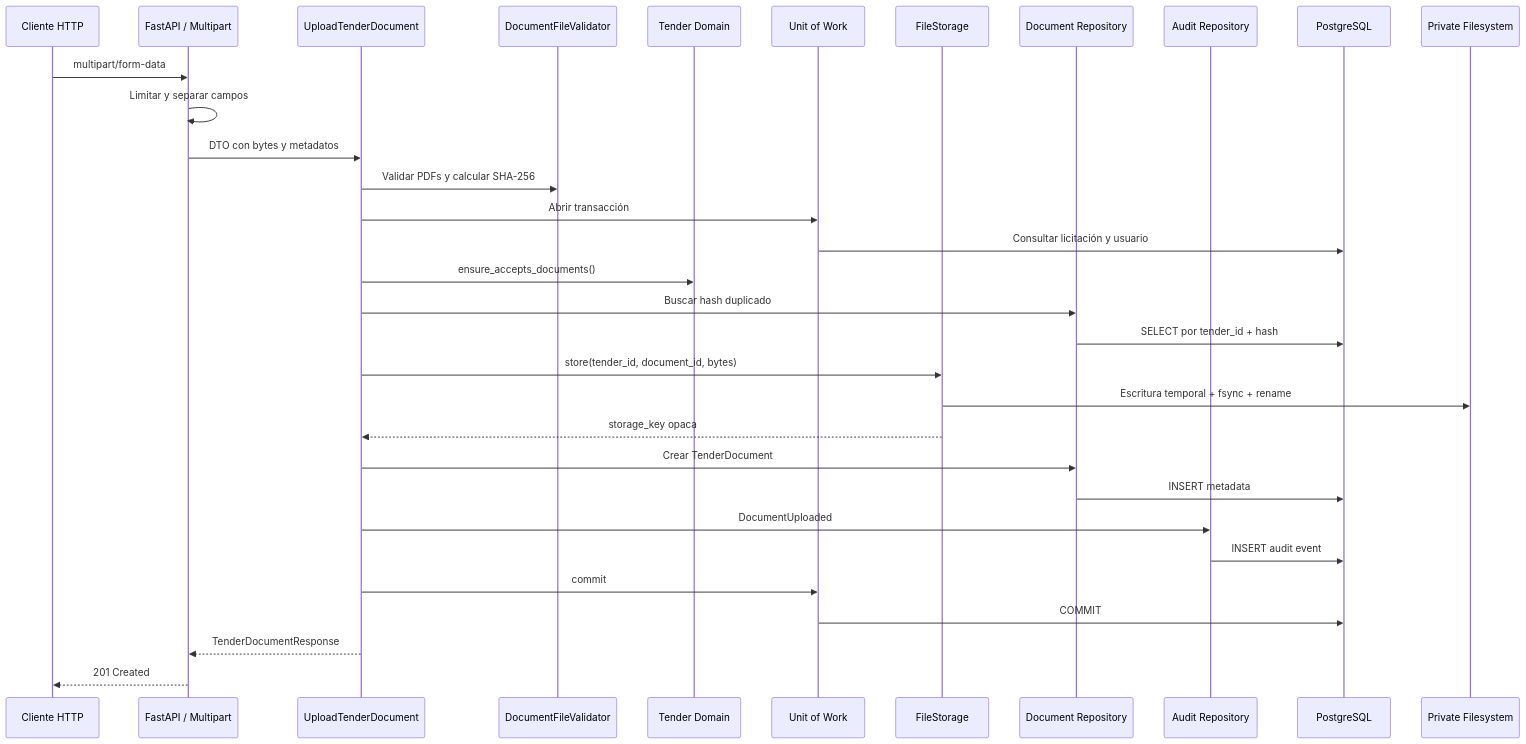
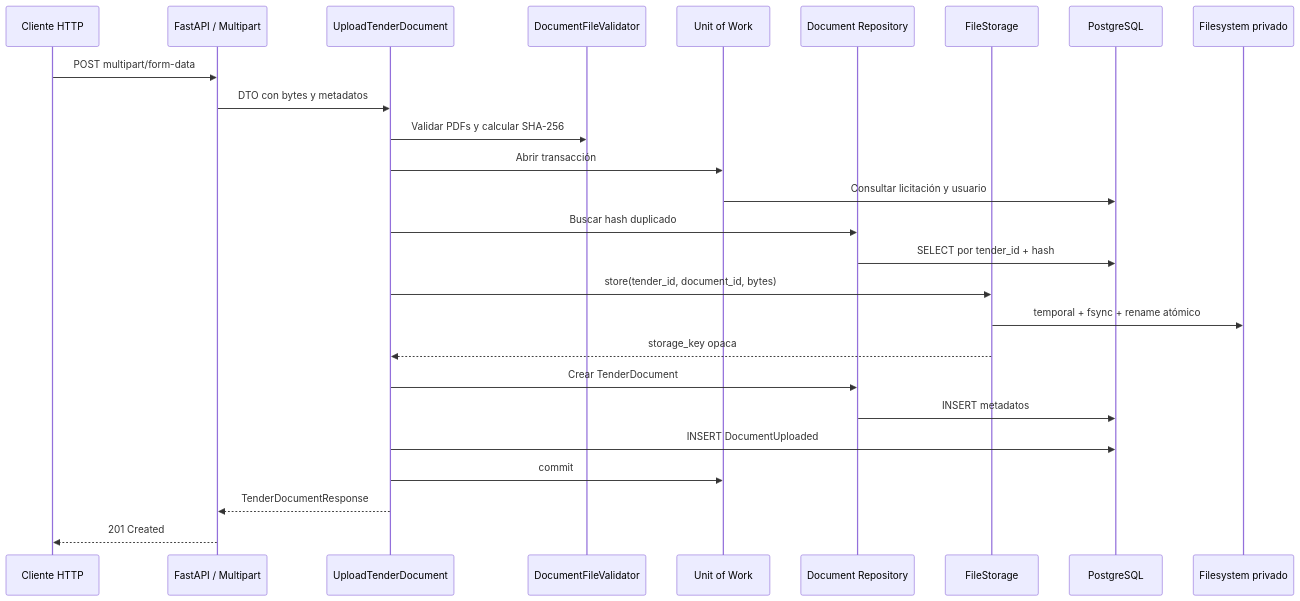
One commit to wowito68/SmartQuote-AI changed the diagram in docs/iteration-4-document-management.md. Above: the diagram before and after it, drawn with Mermaid. The commit also changed other lines of this file, not shown here.

````diff
--- a/docs/iteration-4-document-management.md
+++ b/docs/iteration-4-document-management.md
@@ -108,35 +96,29 @@
 ```mermaid
 sequenceDiagram
-    participant Client as Cliente HTTP
+    participant C as Cliente HTTP
     participant API as FastAPI / Multipart
     participant UC as UploadTenderDocument
-    participant Validator as DocumentFileValidator
-    participant Tender as Tender Domain
+    participant V as DocumentFileValidator
     participant UOW as Unit of Work
-    participant Storage as FileStorage
-    participant Repo as Document Repository
-    participant Audit as Audit Repository
+    participant R as Document Repository
+    participant S as FileStorage
     participant DB as PostgreSQL
-    participant Disk as Private Filesystem
+    participant D as Filesystem privado
 
-    Client->>API: multipart/form-data
-    API->>API: Limitar y separar campos
+    C->>API: POST multipart/form-data
     API->>UC: DTO con bytes y metadatos
-    UC->>Validator: Validar PDFs y calcular SHA-256
+    UC->>V: Validar PDFs y calcular SHA-256
     UC->>UOW: Abrir transacción
     UOW->>DB: Consultar licitación y usuario
-    UC->>Tender: ensure_accepts_documents()
-    UC->>Repo: Buscar hash duplicado
-    Repo->>DB: SELECT por tender_id + hash
-    UC->>Storage: store(tender_id, document_id, bytes)
-    Storage->>Disk: Escritura temporal + fsync + rename
-    Storage-->>UC: storage_key opaca
-    UC->>Repo: Crear TenderDocument
-    Repo->>DB: INSERT metadata
-    UC->>Audit: DocumentUploaded
-    Audit->>DB: INSERT audit event
+    UC->>R: Buscar hash duplicado
+    R->>DB: SELECT por tender_id + hash
+    UC->>S: store(tender_id, document_id, bytes)
+    S->>D: temporal + fsync + rename atómico
+    S-->>UC: storage_key opaca
+    UC->>R: Crear TenderDocument
+    R->>DB: INSERT metadatos
+    UC->>DB: INSERT DocumentUploaded
     UC->>UOW: commit
-    UOW->>DB: COMMIT
     UC-->>API: TenderDocumentResponse
-    API-->>Client: 201 Created
+    API-->>C: 201 Created
 ```
````
